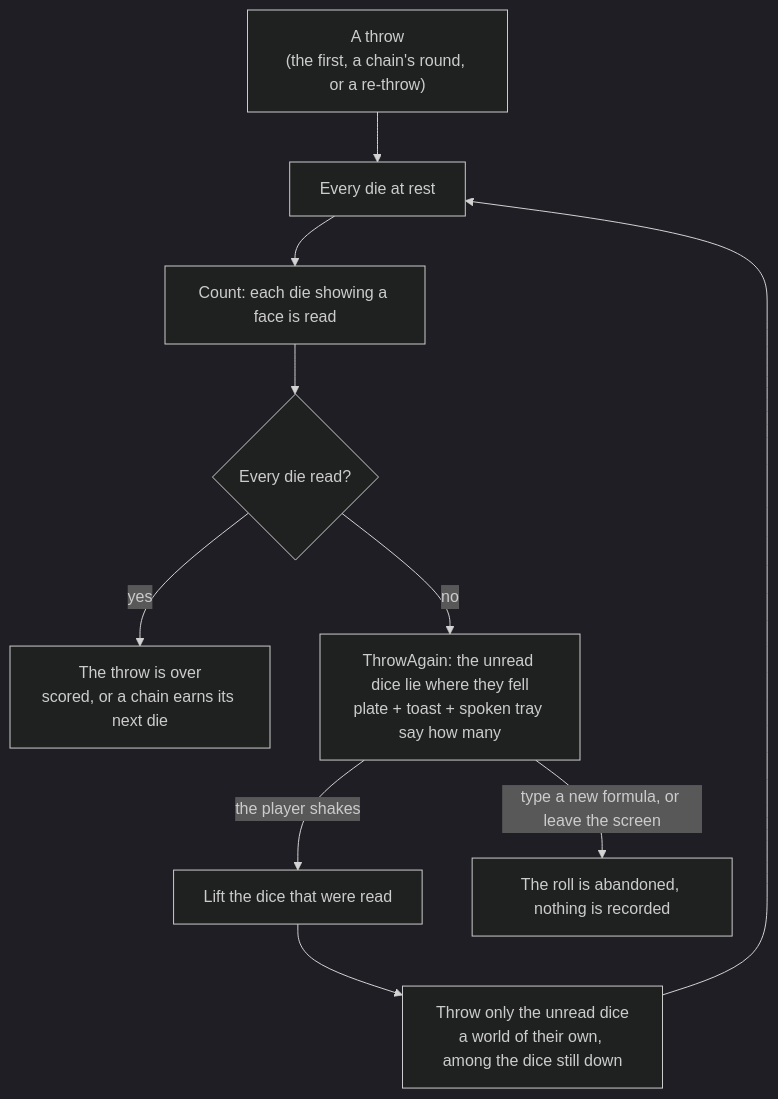
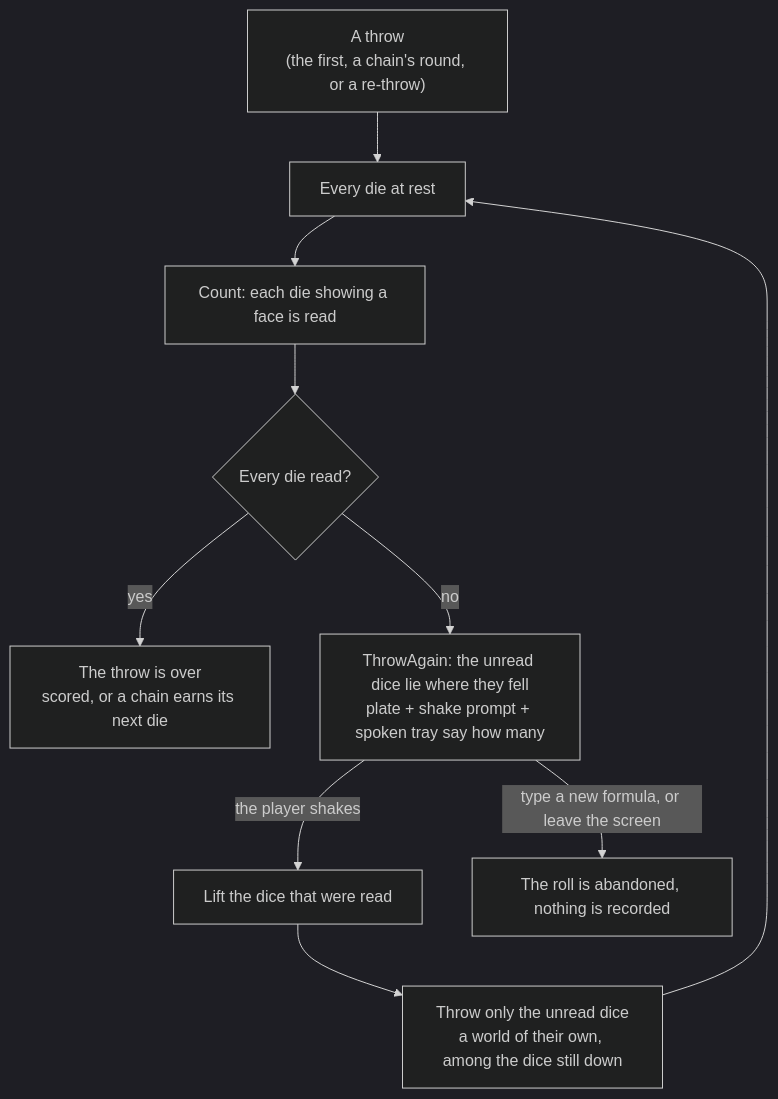
Before and after one commit to drehtuer/dInfinityApp: the third of 4 diagrams in docs/physics-and-rendering.md, drawn with Mermaid (dark theme). The commit also changed other lines of this file and 18 other files, not shown here.

````diff
--- a/docs/physics-and-rendering.md
+++ b/docs/physics-and-rendering.md
@@ -1291,12 +1297,12 @@
 ```mermaid
 flowchart TD
   throw["A throw<br/>(the first, a chain's round, or a re-throw)"] --> rest["Every die at rest"]
   rest --> count["Count: each die showing a face is read"]
   count --> all{"Every die read?"}
   all -->|yes| done["The throw is over<br/>scored, or a chain earns its next die"]
-  all -->|no| wait["ThrowAgain: the unread dice lie where they fell<br/>plate + toast + spoken tray say how many"]
+  all -->|no| wait["ThrowAgain: the unread dice lie where they fell<br/>plate + shake prompt + spoken tray say how many"]
   wait -->|"the player shakes"| lift["Lift the dice that were read"]
   lift --> again["Throw only the unread dice<br/>a world of their own, among the dice still down"]
   again --> rest
   wait -->|"type a new formula, or leave the screen"| gone["The roll is abandoned, nothing is recorded"]
 ```
````
